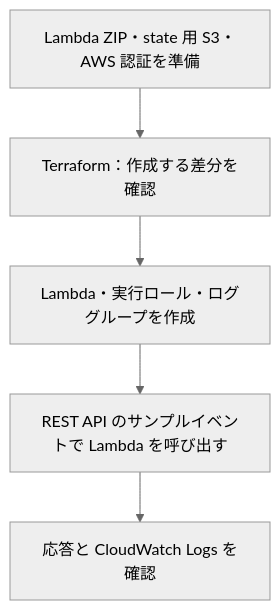
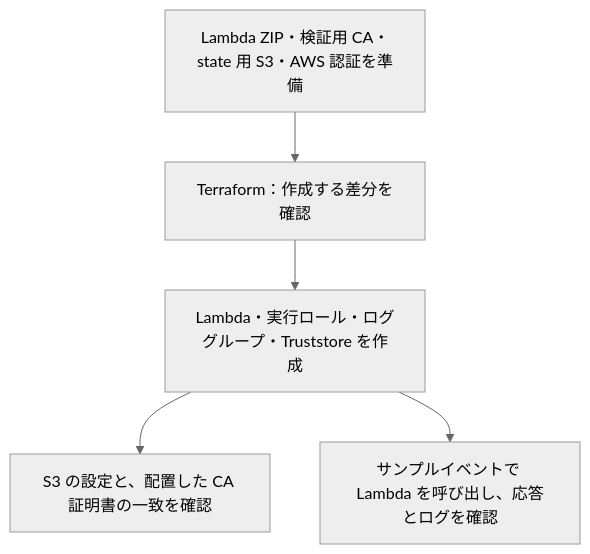
One commit to tayutaedomo/mlts-sandbox changed the diagram in aws-mtls/infra/api/README.md. Above: the diagram before and after it, drawn with Mermaid (neutral theme). The commit also changed other lines of this file and 8 other files, not shown here.

````diff
--- a/aws-mtls/infra/api/README.md
+++ b/aws-mtls/infra/api/README.md
@@ -16,7 +17,7 @@
 ```mermaid
 flowchart TD
-    A["Lambda ZIP・state 用 S3・AWS 認証を準備"] --> B["Terraform：作成する差分を確認"]
-    B --> C["Lambda・実行ロール・ロググループを作成"]
-    C --> D["REST API のサンプルイベントで Lambda を呼び出す"]
-    D --> E["応答と CloudWatch Logs を確認"]
+    A["Lambda ZIP・検証用 CA・state 用 S3・AWS 認証を準備"] --> B["Terraform：作成する差分を確認"]
+    B --> C["Lambda・実行ロール・ロググループ・Truststore を作成"]
+    C --> D["S3 の設定と、配置した CA 証明書の一致を確認"]
+    C --> E["サンプルイベントで Lambda を呼び出し、応答とログを確認"]
 ```
````
